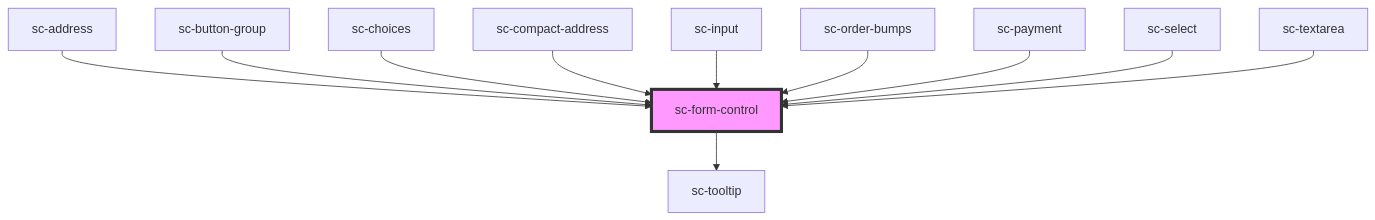
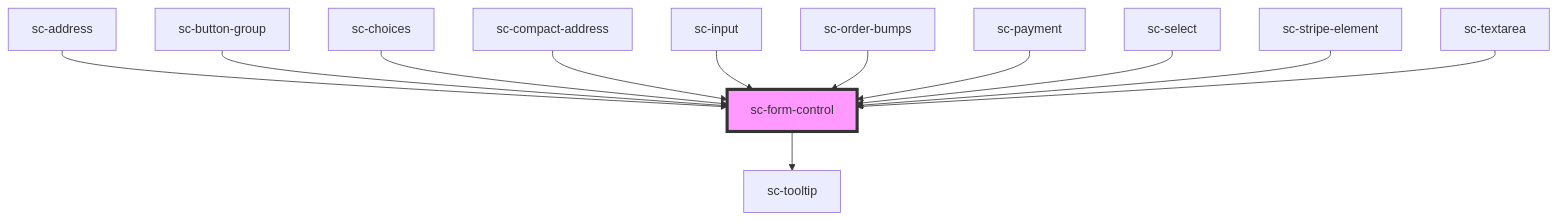
One commit to surecart/surecart-wp-plugin changed the diagram in packages/components/src/components/ui/form-control/readme.md. Above: the diagram before and after it, drawn with Mermaid. The commit also changed other lines of this file and 52 other files, not shown here.

````diff
--- a/packages/components/src/components/ui/form-control/readme.md
+++ b/packages/components/src/components/ui/form-control/readme.md
@@ -54,14 +55,15 @@
 ```mermaid
 graph TD;
   sc-form-control --> sc-tooltip
   sc-address --> sc-form-control
   sc-button-group --> sc-form-control
   sc-choices --> sc-form-control
   sc-compact-address --> sc-form-control
   sc-input --> sc-form-control
   sc-order-bumps --> sc-form-control
   sc-payment --> sc-form-control
   sc-select --> sc-form-control
+  sc-stripe-element --> sc-form-control
   sc-textarea --> sc-form-control
   style sc-form-control fill:#f9f,stroke:#333,stroke-width:4px
 ```
````
